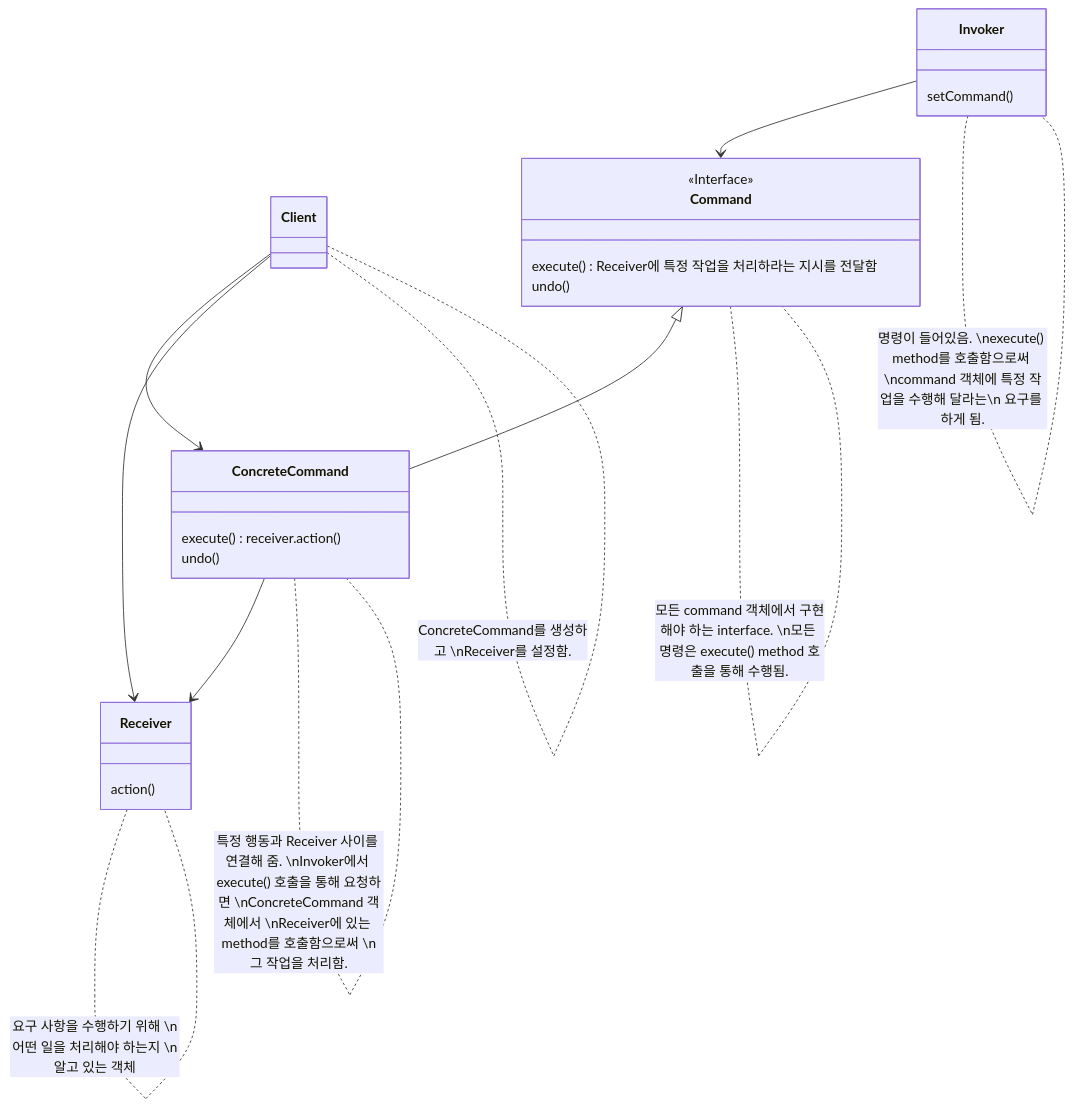
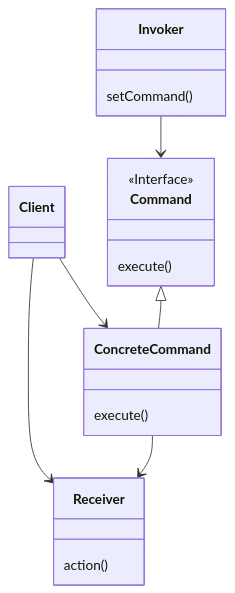
Before and after one commit to choesimin/choesimin.github.io: the first of 3 diagrams in _drafts/command-pattern.md, drawn with Mermaid. The commit also changed other lines of this file and 3 other files, not shown here.

````diff
--- a/_drafts/command-pattern.md
+++ b/_drafts/command-pattern.md
@@ -73,40 +24,28 @@
 ```mermaid
 classDiagram
 
 class Client
 
 class Invoker {
     setCommand()
 }
 
 class Command {
     <<Interface>>
-    execute() Receiver에 특정 작업을 처리하라는 지시를 전달함
-    undo()
+    execute()
 }
 
 class ConcreteCommand {
-    execute() : receiver.action()
-    undo()
+    execute()
 }
 
 class Receiver {
     action()
 }
 
-
 Client --> ConcreteCommand
 Client --> Receiver
-
 Invoker --> Command
-
 Command <|-- ConcreteCommand
 ConcreteCommand --> Receiver
-
-
-Client .. Client : ConcreteCommand를 생성하고 \nReceiver를 설정함.
-Invoker .. Invoker : 명령이 들어있음. \nexecute() method를 호출함으로써 \ncommand 객체에 특정 작업을 수행해 달라는\n 요구를 하게 됨.
-Command .. Command : 모든 command 객체에서 구현해야 하는 interface. \n모든 명령은 execute() method 호출을 통해 수행됨.
-ConcreteCommand .. ConcreteCommand : 특정 행동과 Receiver 사이를 연결해 줌. \nInvoker에서 execute() 호출을 통해 요청하면 \nConcreteCommand 객체에서 \nReceiver에 있는 method를 호출함으로써 \n그 작업을 처리함.
-Receiver .. Receiver : 요구 사항을 수행하기 위해 \n어떤 일을 처리해야 하는지 \n알고 있는 객체
 ```
````
